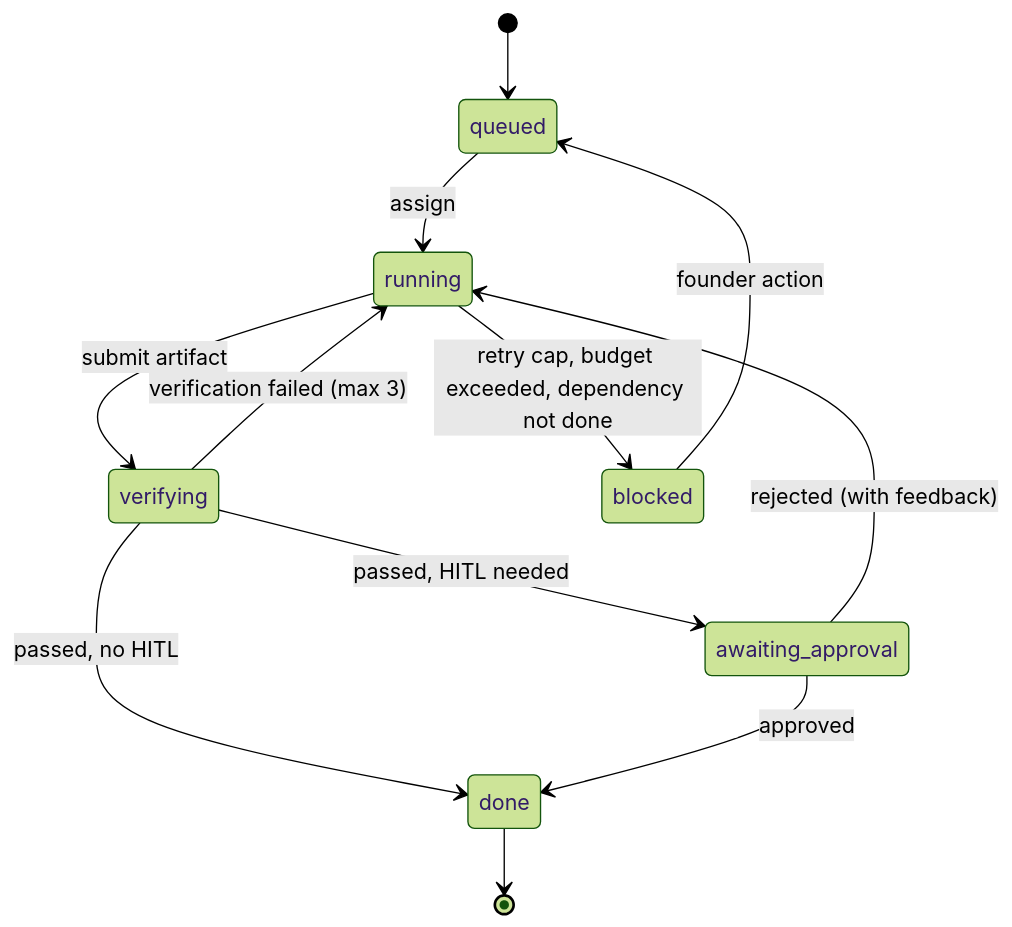
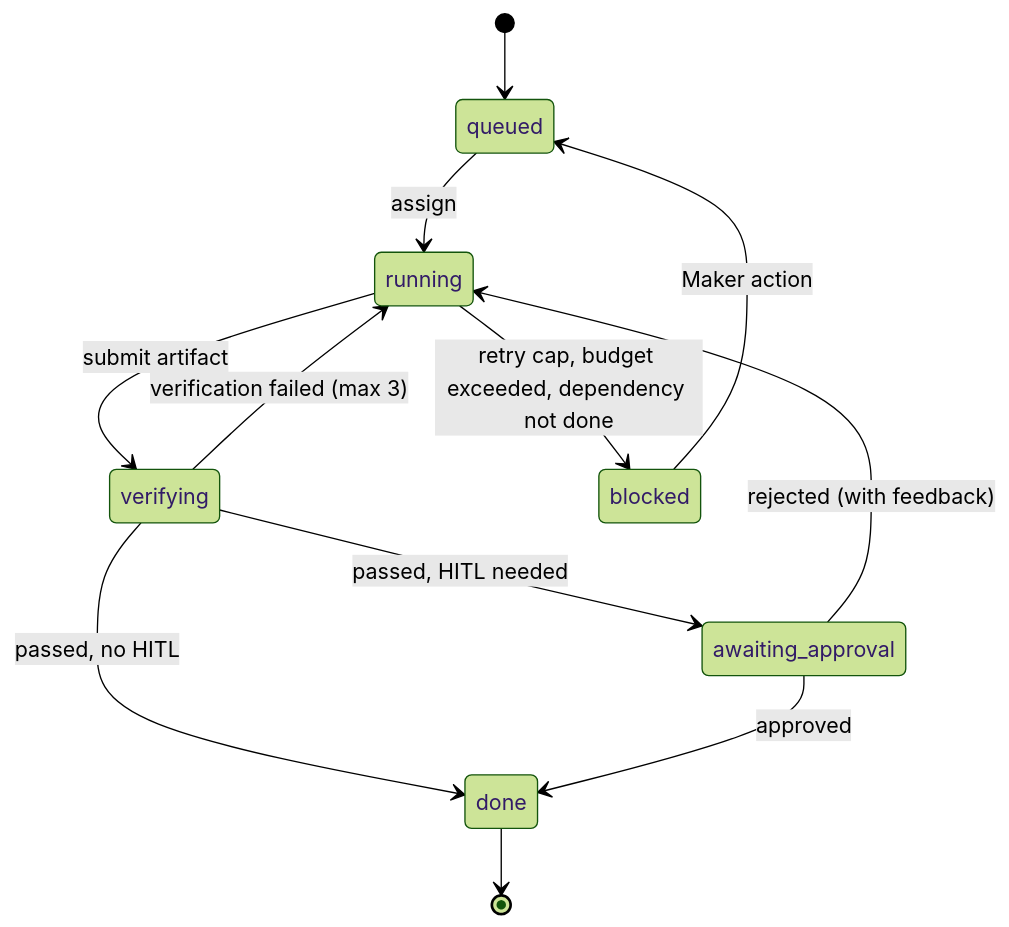
Before and after one commit to ysjee141/flywheel: the seventh of 13 diagrams in plan-draft.en.md, drawn with Mermaid (forest theme). The commit also changed other lines of this file and 1 other file, not shown here.

First line of the commit message:
Rename founder role to Maker in plan draft

````diff
--- a/plan-draft.en.md
+++ b/plan-draft.en.md
@@ -447,14 +448,14 @@
 ```mermaid
 stateDiagram-v2
   [*] --> queued
   queued --> running: assign
   running --> verifying: submit artifact
   verifying --> running: verification failed (max 3)
   verifying --> awaiting_approval: passed, HITL needed
   verifying --> done: passed, no HITL
   awaiting_approval --> done: approved
   awaiting_approval --> running: rejected (with feedback)
   running --> blocked: retry cap, budget exceeded, dependency not done
-  blocked --> queued: founder action
+  blocked --> queued: Maker action
   done --> [*]
 ```
````
